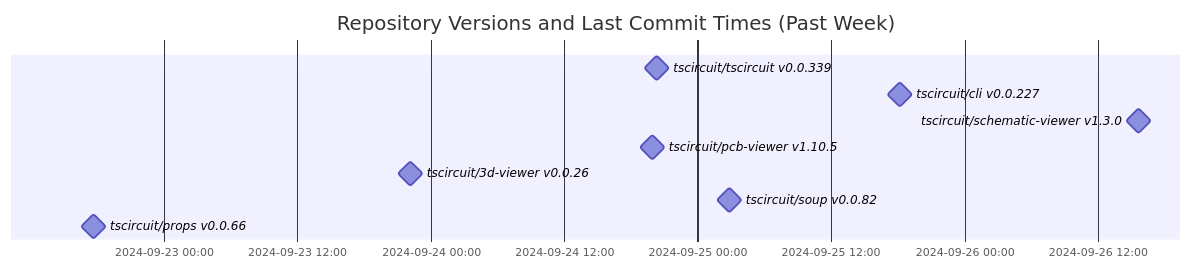
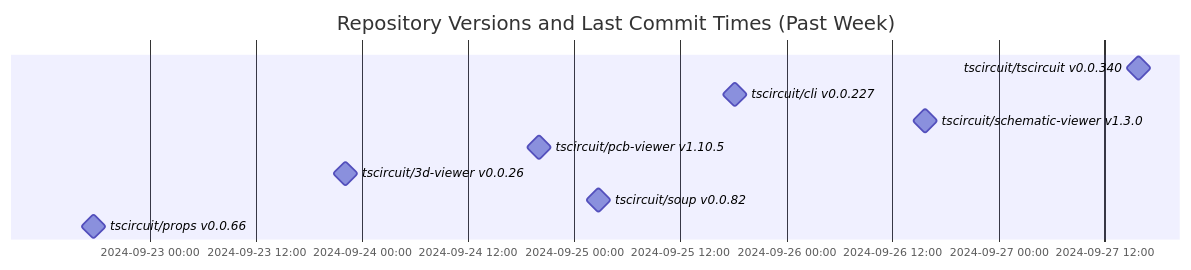
The diagram in README.md (tscircuit/version-tracker), drawn with Mermaid before and after one commit.

Commit message:
Update chart

````diff
--- a/README.md
+++ b/README.md
@@ -1,14 +1,14 @@
 ```mermaid
 gantt
   dateFormat  YYYY-MM-DD HH:mm:ss
   title Repository Versions and Last Commit Times (Past Week)
   axisFormat %Y-%m-%d %H:%M
 
-  tscircuit/tscircuit v0.0.339 : milestone, 2024-09-24 20:18:14, 1s
+  tscircuit/tscircuit v0.0.340 : milestone, 2024-09-27 15:50:01, 1s
   tscircuit/cli v0.0.227 : milestone, 2024-09-25 18:09:04, 1s
   tscircuit/schematic-viewer v1.3.0 : milestone, 2024-09-26 15:39:47, 1s
   tscircuit/pcb-viewer v1.10.5 : milestone, 2024-09-24 19:58:10, 1s
   tscircuit/3d-viewer v0.0.26 : milestone, 2024-09-23 22:06:33, 1s
   tscircuit/soup v0.0.82 : milestone, 2024-09-25 02:48:20, 1s
   tscircuit/props v0.0.66 : milestone, 2024-09-22 17:38:44, 1s
 ```
````
